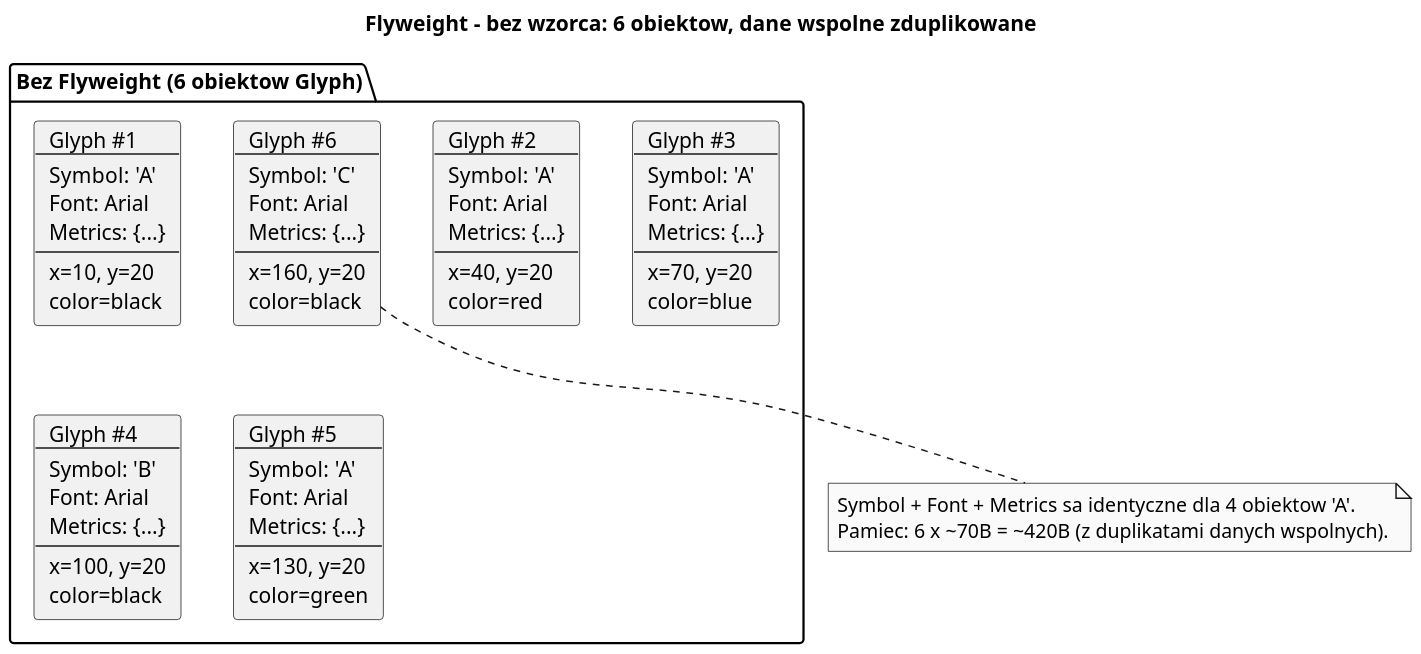
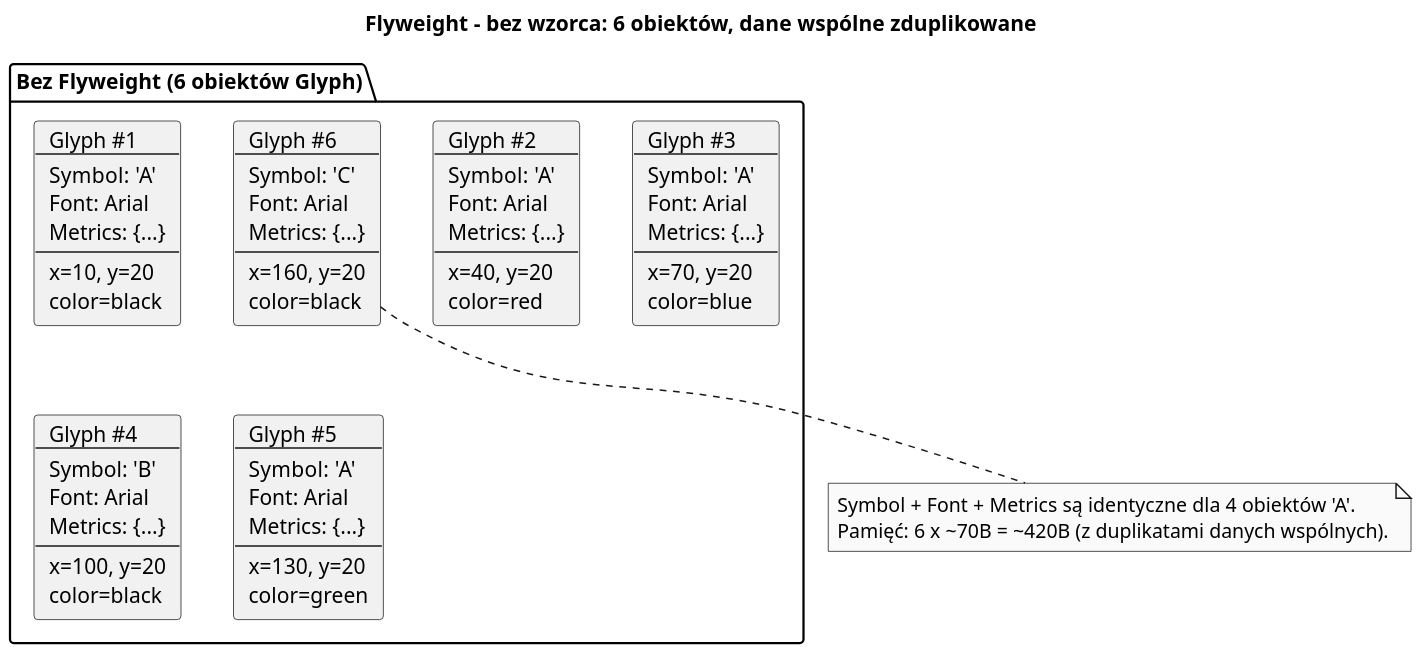
Before and after one commit to tborzyszkowski/DesignPatterns: the diagram in src/11-pylek/01-idea-i-kontekst/diagrams/01-problem-context.puml, drawn with PlantUML. The commit also changed 87 other files, not shown here.

```diff
--- a/src/11-pylek/01-idea-i-kontekst/diagrams/01-problem-context.puml
+++ b/src/11-pylek/01-idea-i-kontekst/diagrams/01-problem-context.puml
@@ -1,21 +1,21 @@
 @startuml flyweight_problem_context
-title Flyweight - bez wzorca: 6 obiektow, dane wspolne zduplikowane
+title Flyweight - bez wzorca: 6 obiektów, dane wspólne zduplikowane
 
 skinparam monochrome true
 skinparam dpi 150
 
-package "Bez Flyweight (6 obiektow Glyph)" {
+package "Bez Flyweight (6 obiektów Glyph)" {
     card "Glyph #1\n---\nSymbol: 'A'\nFont: Arial\nMetrics: {...}\n---\nx=10, y=20\ncolor=black" as G1
     card "Glyph #2\n---\nSymbol: 'A'\nFont: Arial\nMetrics: {...}\n---\nx=40, y=20\ncolor=red" as G2
     card "Glyph #3\n---\nSymbol: 'A'\nFont: Arial\nMetrics: {...}\n---\nx=70, y=20\ncolor=blue" as G3
     card "Glyph #4\n---\nSymbol: 'B'\nFont: Arial\nMetrics: {...}\n---\nx=100, y=20\ncolor=black" as G4
     card "Glyph #5\n---\nSymbol: 'A'\nFont: Arial\nMetrics: {...}\n---\nx=130, y=20\ncolor=green" as G5
     card "Glyph #6\n---\nSymbol: 'C'\nFont: Arial\nMetrics: {...}\n---\nx=160, y=20\ncolor=black" as G6
 }
 
 note bottom
-Symbol + Font + Metrics sa identyczne dla 4 obiektow 'A'.
-Pamiec: 6 x ~70B = ~420B (z duplikatami danych wspolnych).
+Symbol + Font + Metrics są identyczne dla 4 obiektów 'A'.
+Pamięć: 6 x ~70B = ~420B (z duplikatami danych wspólnych).
 end note
 
 @enduml
```
